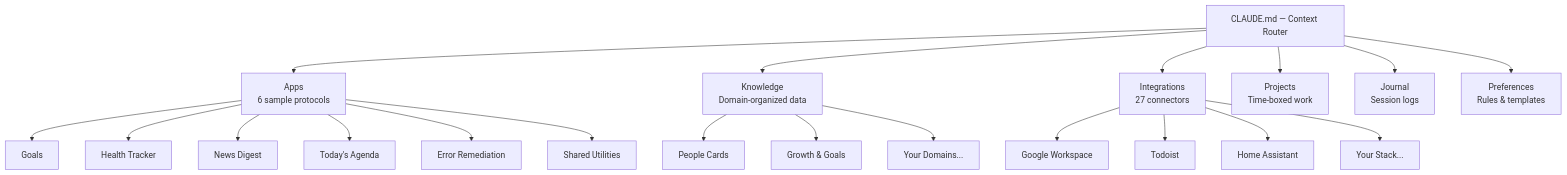
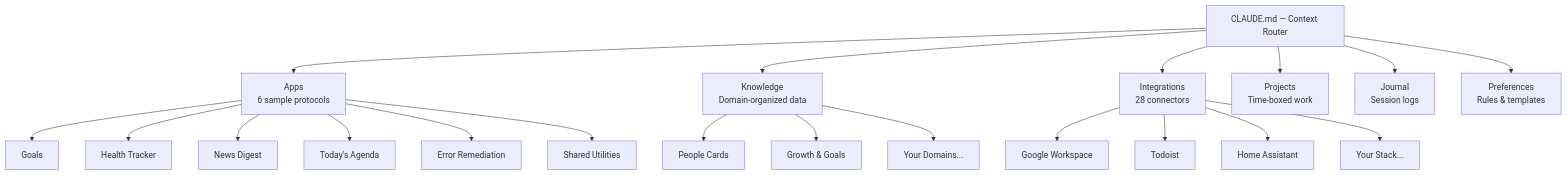
Before and after one commit to Ashkaan/contextium: the diagram in README.md, drawn with Mermaid. The commit also changed other lines of this file and 10 other files, not shown here.

````diff
--- a/README.md
+++ b/README.md
@@ -72,27 +73,27 @@
 ```mermaid
 graph TD
     Router["CLAUDE.md — Context Router"]
 
     Router --> Apps["Apps<br/>6 sample protocols"]
     Router --> Knowledge["Knowledge<br/>Domain-organized data"]
-    Router --> Integrations["Integrations<br/>27 connectors"]
+    Router --> Integrations["Integrations<br/>28 connectors"]
     Router --> Projects["Projects<br/>Time-boxed work"]
     Router --> Journal["Journal<br/>Session logs"]
     Router --> Preferences["Preferences<br/>Rules & templates"]
 
     Apps --> A1["Goals"]
     Apps --> A2["Health Tracker"]
     Apps --> A3["News Digest"]
     Apps --> A4["Today's Agenda"]
     Apps --> A5["Error Remediation"]
     Apps --> A6["Shared Utilities"]
 
     Knowledge --> K1["People Cards"]
     Knowledge --> K2["Growth & Goals"]
     Knowledge --> K3["Your Domains..."]
 
     Integrations --> I1["Google Workspace"]
     Integrations --> I2["Todoist"]
     Integrations --> I3["Home Assistant"]
     Integrations --> I4["Your Stack..."]
 ```
````
